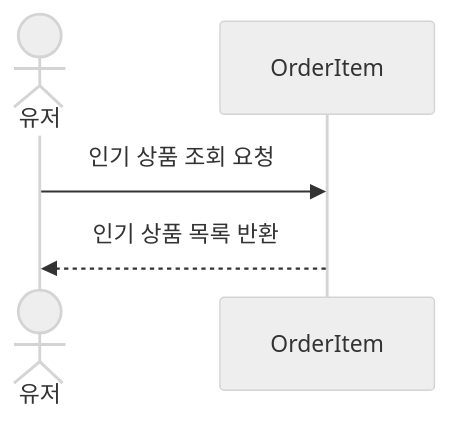
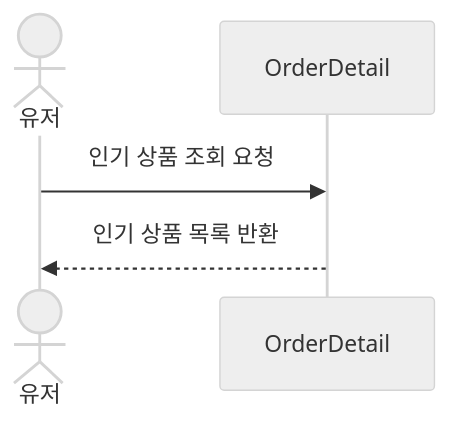
One commit to ahdrn2016/hhplus-ecommerce changed the fifth of 5 diagrams in docs/SequenceDiagram/SequenceDiagram.md. Above: the diagram before and after it, drawn with Mermaid (neutral theme). The commit also changed 29 other files, not shown here.

````diff
--- a/docs/SequenceDiagram/SequenceDiagram.md
+++ b/docs/SequenceDiagram/SequenceDiagram.md
@@ -102,8 +102,8 @@
 ```mermaid
 sequenceDiagram
     actor I as 유저
-    participant OrderItem as OrderItem
+    participant OrderDetail as OrderDetail
 
-    I ->> OrderItem : 인기 상품 조회 요청
-    OrderItem -->> I : 인기 상품 목록 반환
+    I ->> OrderDetail : 인기 상품 조회 요청
+    OrderDetail -->> I : 인기 상품 목록 반환
 ```
````
